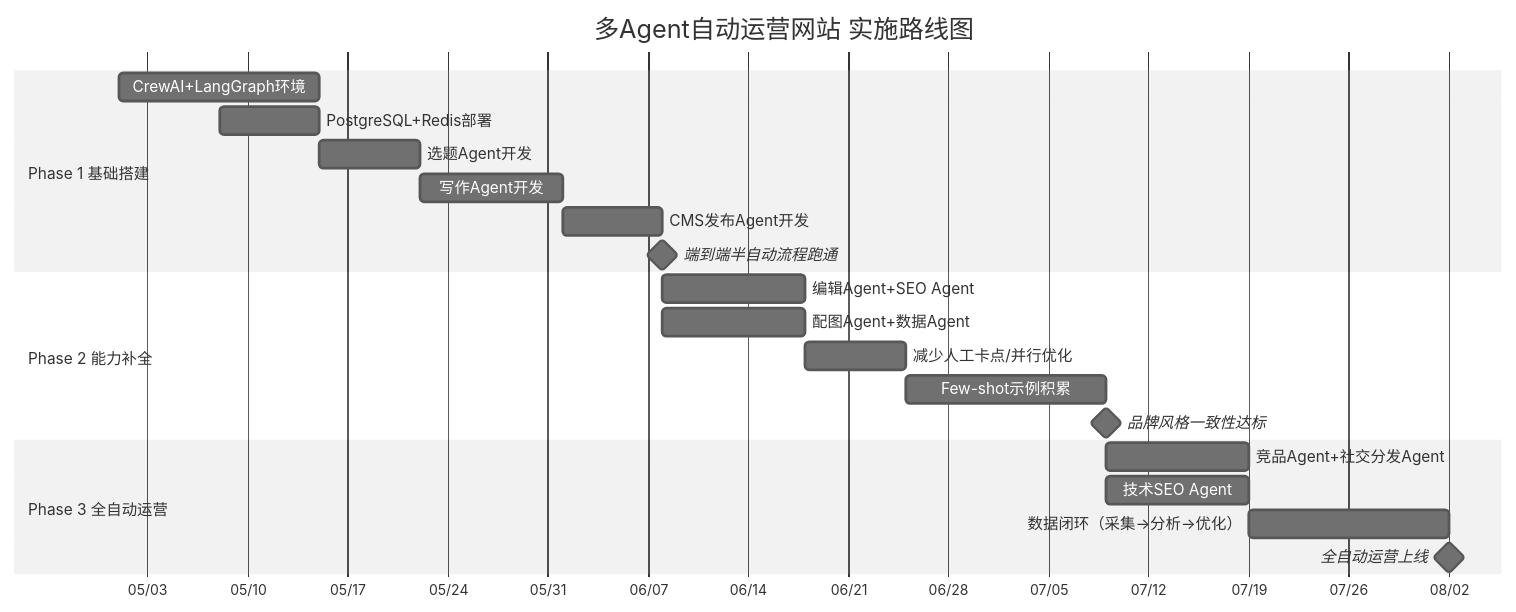
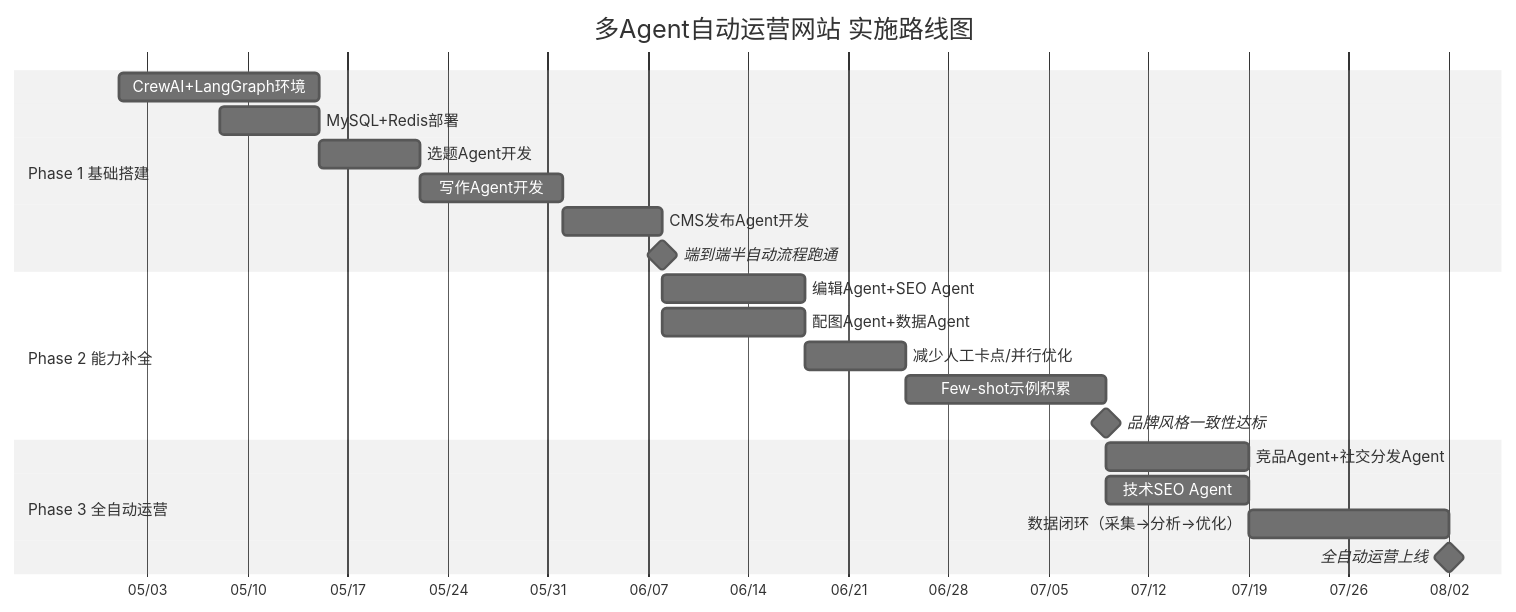
The third of 4 diagrams in 00-方案概述.md (flyingsnowzz/Multi-Agent-Automatic-Operation-Website), drawn with Mermaid (neutral theme) before and after one commit. The commit also changed other lines of this file and 15 other files, not shown here.

````diff
--- a/00-方案概述.md
+++ b/00-方案概述.md
@@ -101,27 +122,27 @@
 ```mermaid
 gantt
     title 多Agent自动运营网站 实施路线图
     dateFormat  YYYY-MM-DD
     axisFormat  %m/%d
     
     section Phase 1 基础搭建
     CrewAI+LangGraph环境     :p1a, 2026-05-01, 14d
-    PostgreSQL+Redis部署     :p1b, 2026-05-08, 7d
+    MySQL+Redis部署          :p1b, 2026-05-08, 7d
     选题Agent开发            :p1c, after p1a, 7d
     写作Agent开发            :p1d, after p1c, 10d
     CMS发布Agent开发         :p1e, after p1d, 7d
     端到端半自动流程跑通     :milestone, after p1e, 0d
     
     section Phase 2 能力补全
     编辑Agent+SEO Agent      :p2a, after p1e, 10d
     配图Agent+数据Agent      :p2b, after p1e, 10d
     减少人工卡点/并行优化    :p2c, after p2a, 7d
     Few-shot示例积累         :p2d, after p2c, 14d
     品牌风格一致性达标       :milestone, after p2d, 0d
     
     section Phase 3 全自动运营
     竞品Agent+社交分发Agent   :p3a, after p2d, 10d
     技术SEO Agent             :p3b, after p2d, 10d
     数据闭环（采集→分析→优化）:p3c, after p3a, 14d
     全自动运营上线            :milestone, after p3c, 0d
 ```
````
